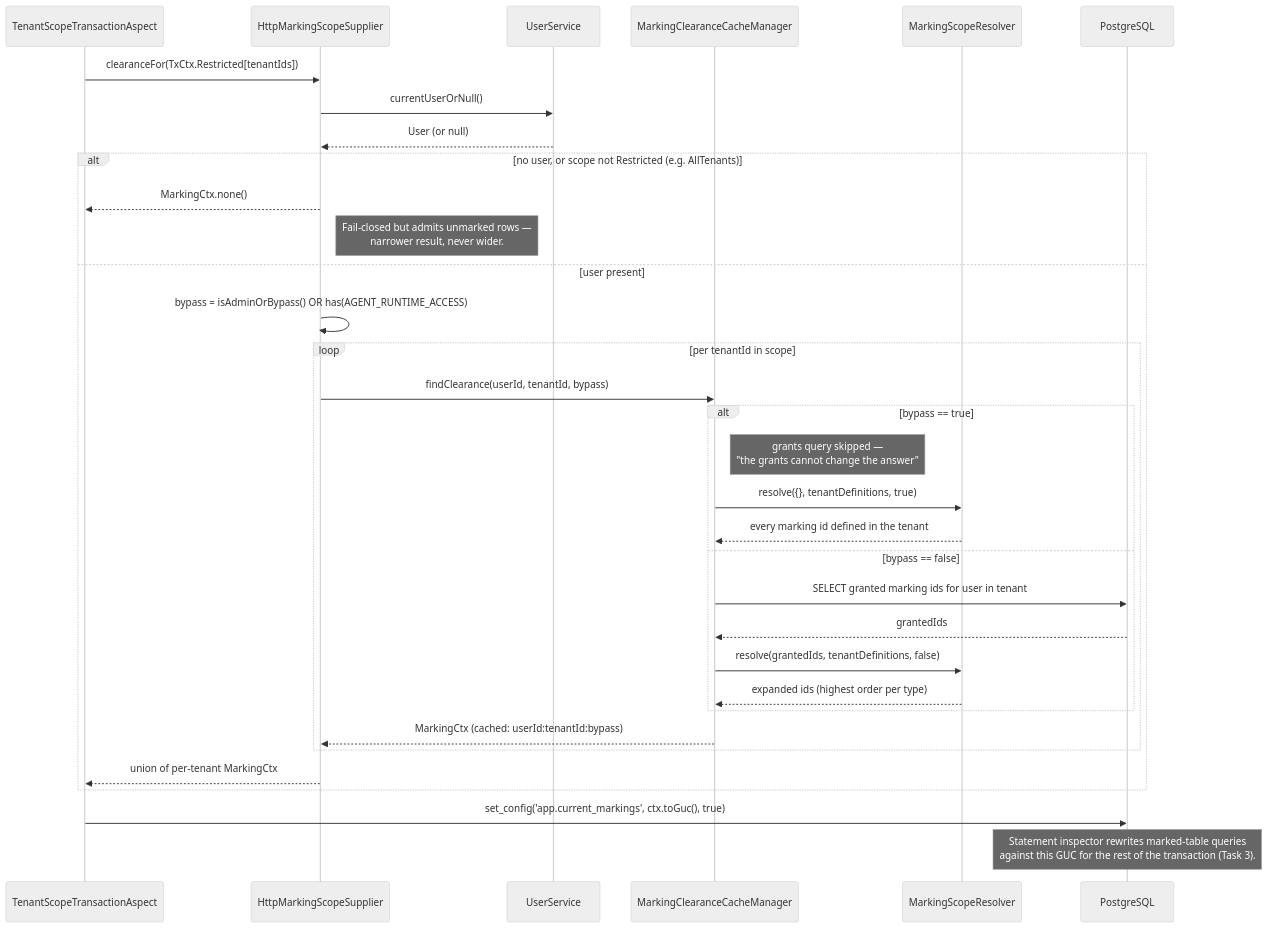
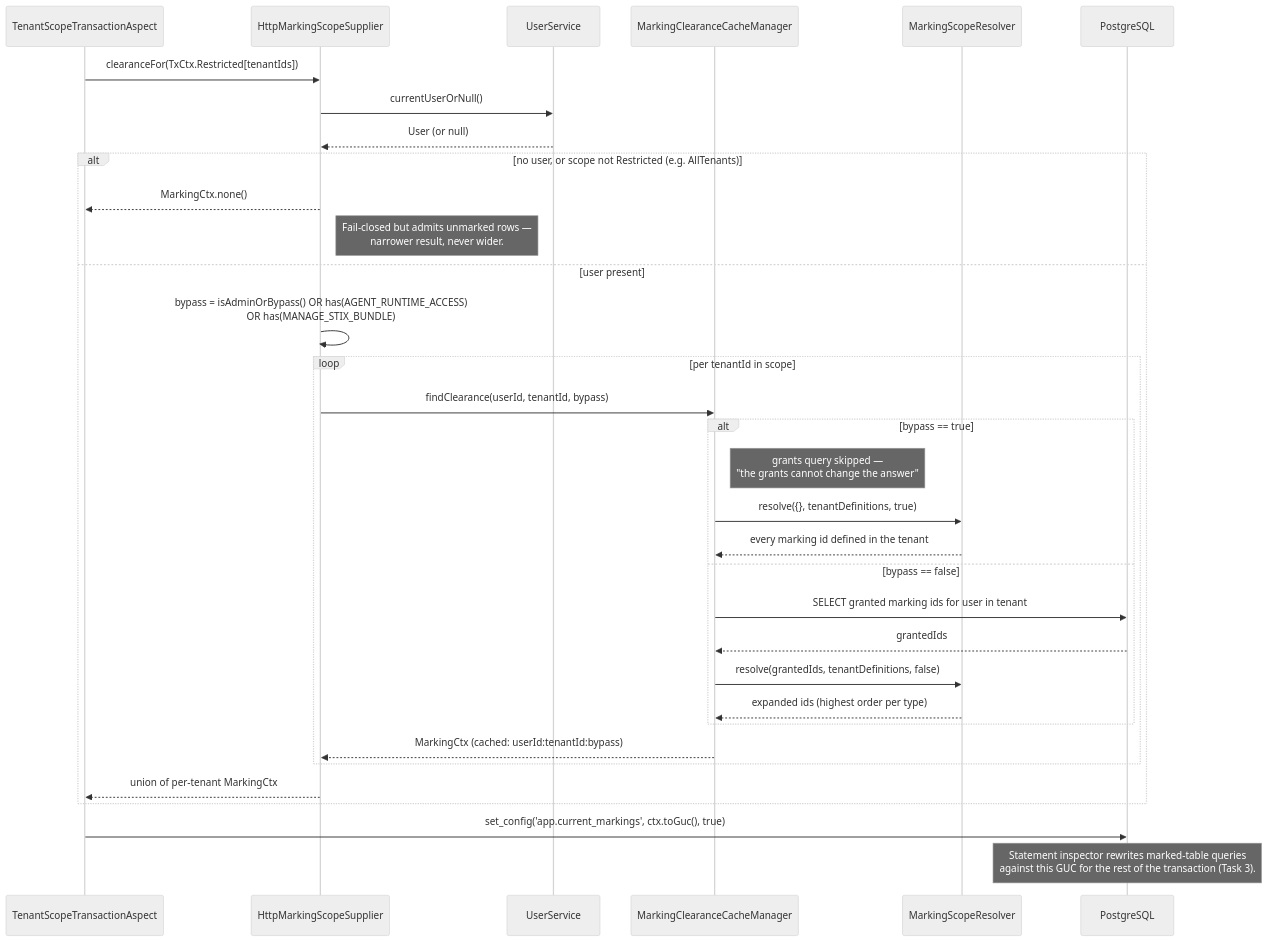
The eighth of 8 diagrams in brainstorming/marking/task4/tech-design.md (OpenAEV-Platform/openaev), drawn with Mermaid (neutral theme) before and after one commit. The commit also changed other lines of this file and 23 other files, not shown here.

````diff
--- a/brainstorming/marking/task4/tech-design.md
+++ b/brainstorming/marking/task4/tech-design.md
@@ -508,36 +531,36 @@
 ```mermaid
 sequenceDiagram
     participant ASP as TenantScopeTransactionAspect
     participant SUP as HttpMarkingScopeSupplier
     participant US as UserService
     participant CACHE as MarkingClearanceCacheManager
     participant RES as MarkingScopeResolver
     participant DB as PostgreSQL
 
     ASP->>SUP: clearanceFor(TxCtx.Restricted[tenantIds])
     SUP->>US: currentUserOrNull()
     US-->>SUP: User (or null)
     alt no user, or scope not Restricted (e.g. AllTenants)
         SUP-->>ASP: MarkingCtx.none()
         Note right of SUP: Fail-closed but admits unmarked rows —<br/>narrower result, never wider.
     else user present
-        SUP->>SUP: bypass = isAdminOrBypass() OR has(AGENT_RUNTIME_ACCESS)
+        SUP->>SUP: bypass = isAdminOrBypass() OR has(AGENT_RUNTIME_ACCESS)<br/>OR has(MANAGE_STIX_BUNDLE)
         loop per tenantId in scope
             SUP->>CACHE: findClearance(userId, tenantId, bypass)
             alt bypass == true
                 Note right of CACHE: grants query skipped —<br/>"the grants cannot change the answer"
                 CACHE->>RES: resolve({}, tenantDefinitions, true)
                 RES-->>CACHE: every marking id defined in the tenant
             else bypass == false
                 CACHE->>DB: SELECT granted marking ids for user in tenant
                 DB-->>CACHE: grantedIds
                 CACHE->>RES: resolve(grantedIds, tenantDefinitions, false)
                 RES-->>CACHE: expanded ids (highest order per type)
             end
             CACHE-->>SUP: MarkingCtx (cached: userId:tenantId:bypass)
         end
         SUP-->>ASP: union of per-tenant MarkingCtx
     end
     ASP->>DB: set_config('app.current_markings', ctx.toGuc(), true)
     Note over DB: Statement inspector rewrites marked-table queries<br/>against this GUC for the rest of the transaction (Task 3).
 ```
````
